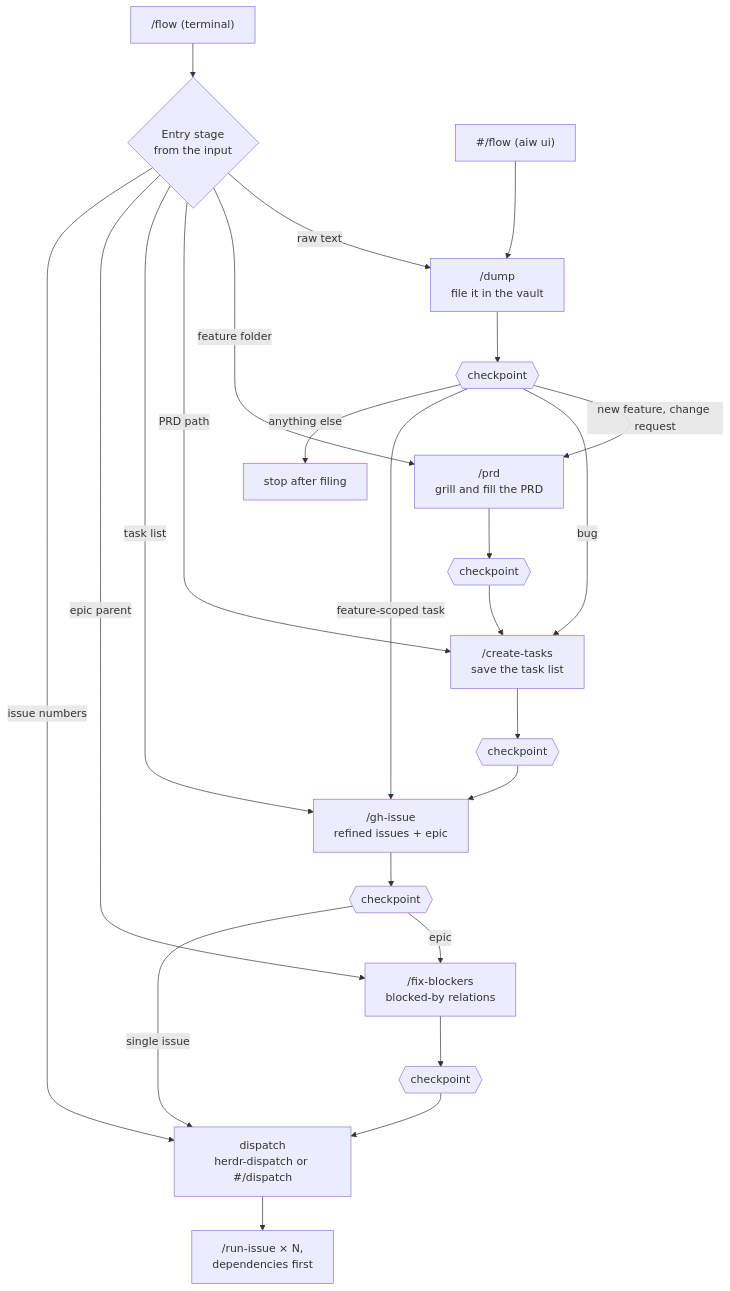
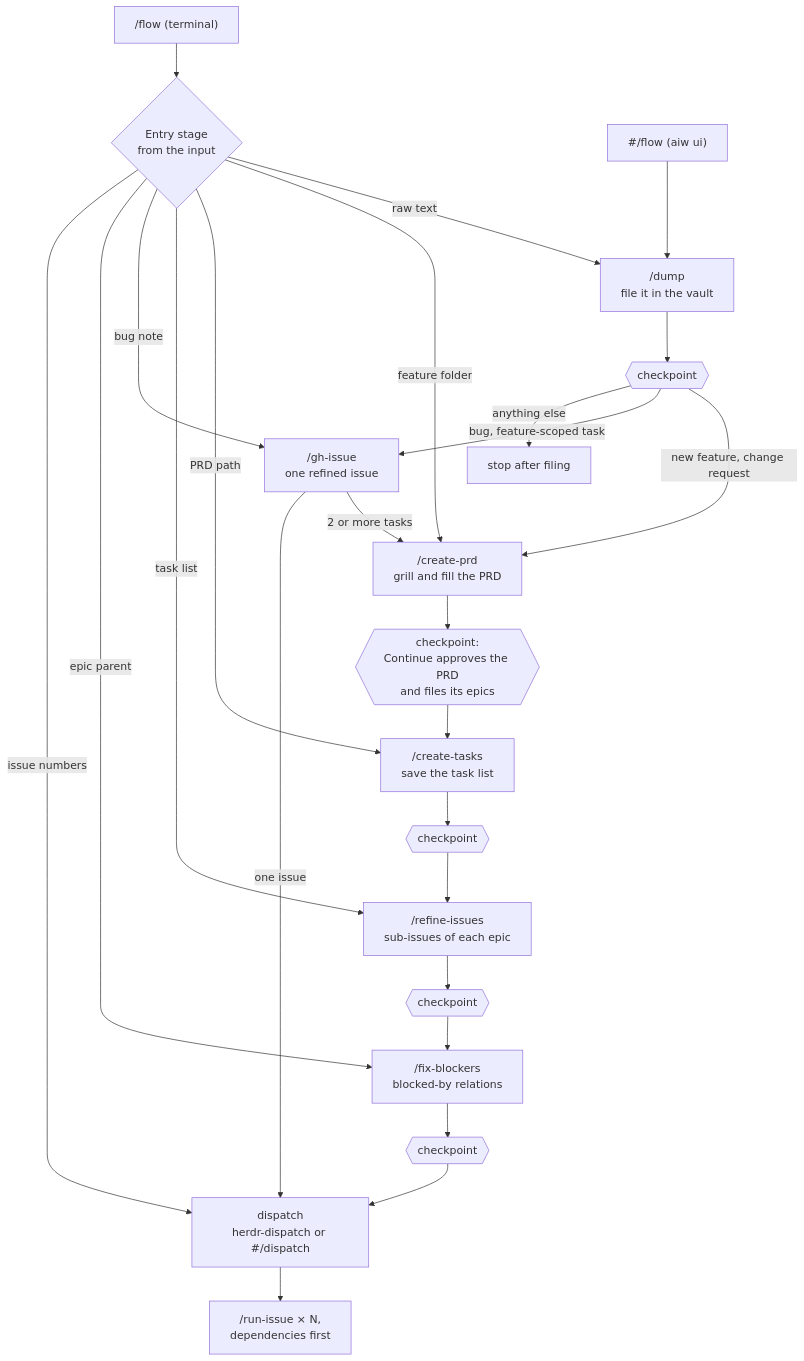
The third of 3 diagrams in docs/HOW-IT-WORKS.md (masnun-siam/ai-workflow), drawn with Mermaid before and after one commit. The commit also changed other lines of this file and 13 other files, not shown here.

Commit message:
docs: create-prd / create-tasks / refine-issues; PRDs live in docs/prds; ADR 0004

````diff
--- a/docs/HOW-IT-WORKS.md
+++ b/docs/HOW-IT-WORKS.md
@@ -387,26 +391,27 @@
 ```mermaid
 flowchart TD
     CLI["/flow (terminal)"] --> E{"Entry stage<br/>from the input"}
     UI["#/flow (aiw ui)"] --> D
     E -->|raw text| D["/dump<br/>file it in the vault"]
     E -->|feature folder| P
     E -->|PRD path| T
     E -->|task list| G
+    E -->|bug note| BG
     E -->|epic parent| B
     E -->|issue numbers| X
     D --> C1{{"checkpoint"}}
-    C1 -->|new feature, change request| P["/prd<br/>grill and fill the PRD"]
-    C1 -->|bug| T
-    C1 -->|feature-scoped task| G
+    C1 -->|new feature, change request| P["/create-prd<br/>grill and fill the PRD"]
+    C1 -->|bug, feature-scoped task| BG["/gh-issue<br/>one refined issue"]
     C1 -->|anything else| S["stop after filing"]
-    P --> C2{{"checkpoint"}}
+    P --> C2{{"checkpoint:<br/>Continue approves the PRD<br/>and files its epics"}}
     C2 --> T["/create-tasks<br/>save the task list"]
     T --> C4{{"checkpoint"}}
-    C4 --> G["/gh-issue<br/>refined issues + epic"]
+    C4 --> G["/refine-issues<br/>sub-issues of each epic"]
     G --> C3{{"checkpoint"}}
-    C3 -->|epic| B["/fix-blockers<br/>blocked-by relations"]
-    C3 -->|single issue| X
+    C3 --> B["/fix-blockers<br/>blocked-by relations"]
+    BG -->|2 or more tasks| P
+    BG -->|one issue| X
     B --> C5{{"checkpoint"}}
     C5 --> X["dispatch<br/>herdr-dispatch or #/dispatch"]
     X --> R["/run-issue × N,<br/>dependencies first"]
 ```
````
